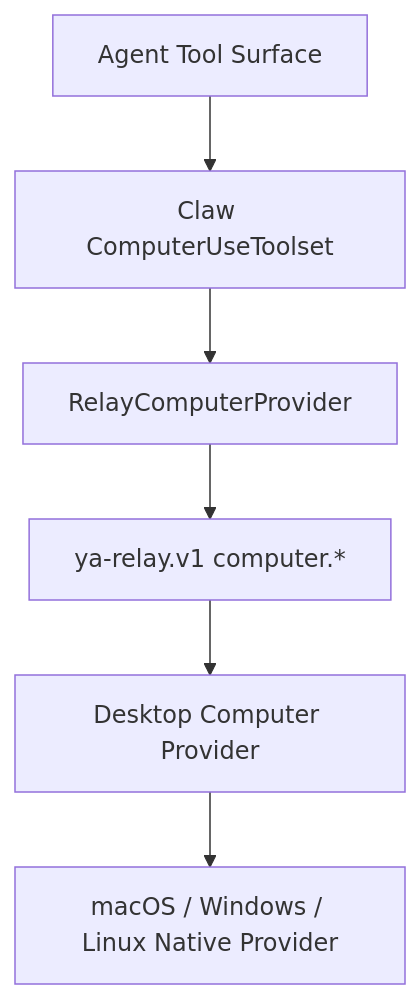
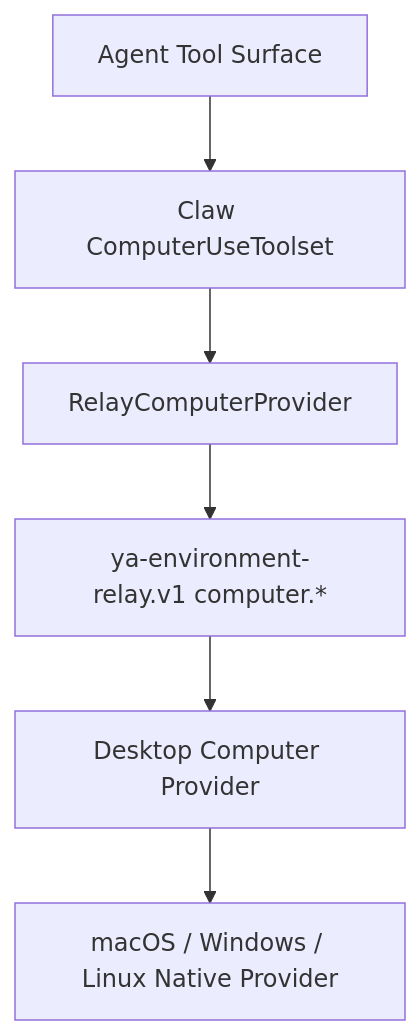
One commit to Alexsu26/ya-mono changed the second of 3 diagrams in apps/ya-desktop/spec/computer-use/08-relay-based-computer-use.md. Above: the diagram before and after it, drawn with Mermaid. The commit also changed other lines of this file and 96 other files, not shown here.

````diff
--- a/apps/ya-desktop/spec/computer-use/08-relay-based-computer-use.md
+++ b/apps/ya-desktop/spec/computer-use/08-relay-based-computer-use.md
@@ -38,8 +38,8 @@
 ```mermaid
 flowchart TB
     AgentTools[Agent Tool Surface] --> ComputerToolset[Claw ComputerUseToolset]
     ComputerToolset --> RelayComputer[RelayComputerProvider]
-    RelayComputer --> RelayProtocol[ya-relay.v1 computer.*]
+    RelayComputer --> RelayProtocol[ya-environment-relay.v1 computer.*]
     RelayProtocol --> DesktopComputer[Desktop Computer Provider]
     DesktopComputer --> NativeProvider[macOS / Windows / Linux Native Provider]
 ```
````
